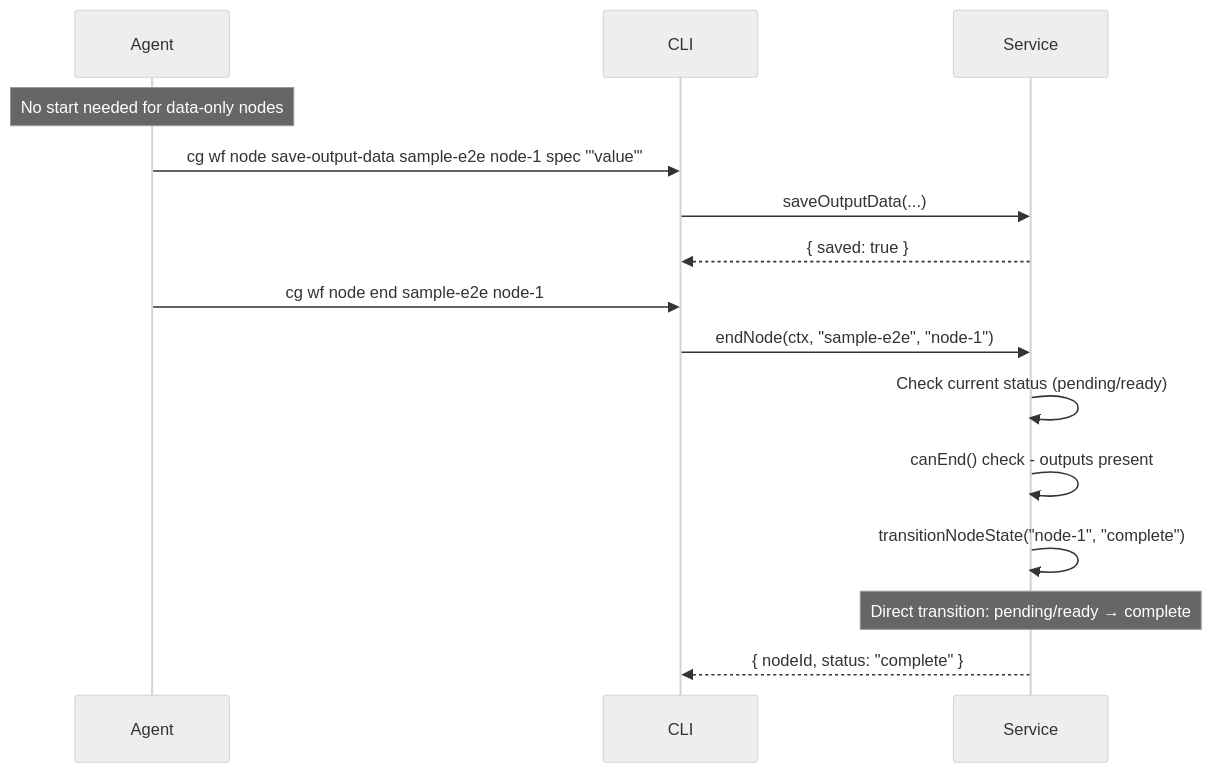
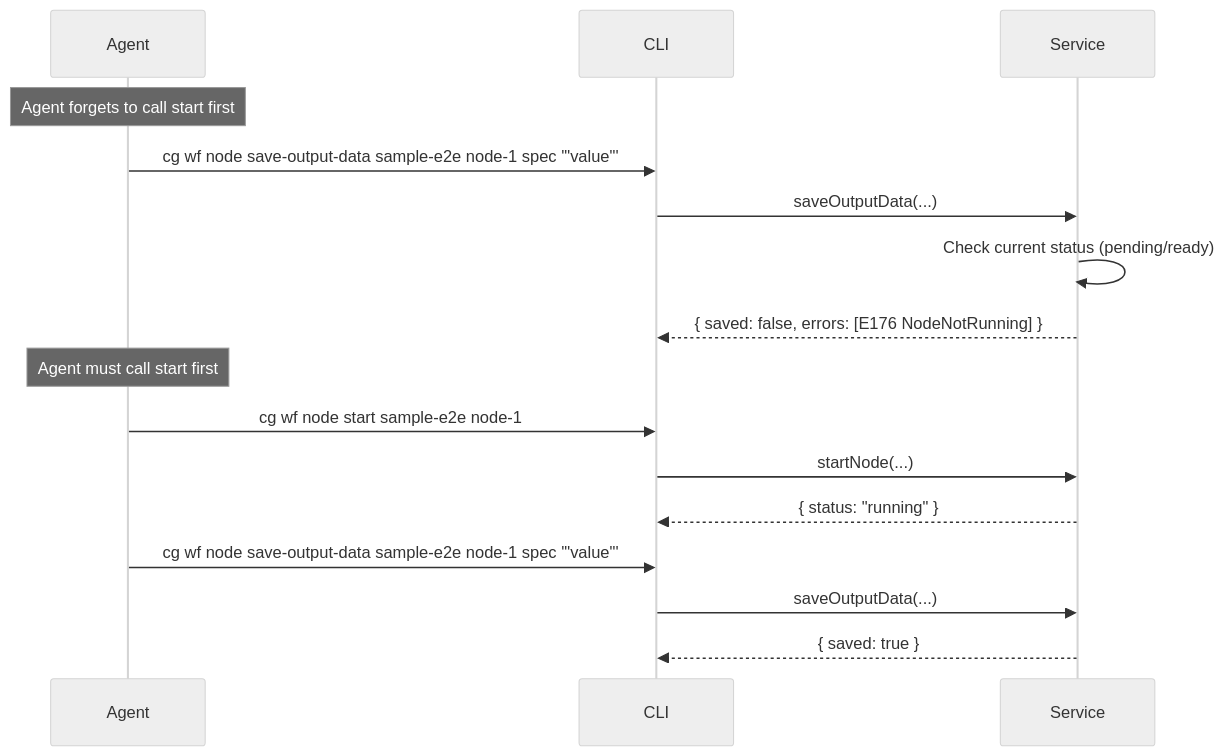
Before and after one commit to AI-Substrate/chainglass: the fourth of 4 diagrams in docs/plans/028-pos-agentic-cli/tasks/phase-3-node-lifecycle/tasks.md, drawn with Mermaid (neutral theme). The commit also changed other lines of this file and 10 other files, not shown here.

First line of the commit message:
feat(positional-graph): Phase 3 node lifecycle - start, can-end, end commands

````diff
--- a/docs/plans/028-pos-agentic-cli/tasks/phase-3-node-lifecycle/tasks.md
+++ b/docs/plans/028-pos-agentic-cli/tasks/phase-3-node-lifecycle/tasks.md
@@ -365,20 +368,22 @@
 ```mermaid
 sequenceDiagram
     participant Agent
     participant CLI
     participant Service
 
-    Note over Agent: No start needed for data-only nodes
+    Note over Agent: Agent forgets to call start first
+
+    Agent->>CLI: cg wf node save-output-data sample-e2e node-1 spec '"value"'
+    CLI->>Service: saveOutputData(...)
+    Service->>Service: Check current status (pending/ready)
+    Service-->>CLI: { saved: false, errors: [E176 NodeNotRunning] }
+    Note over Agent: Agent must call start first
+
+    Agent->>CLI: cg wf node start sample-e2e node-1
+    CLI->>Service: startNode(...)
+    Service-->>CLI: { status: "running" }
 
     Agent->>CLI: cg wf node save-output-data sample-e2e node-1 spec '"value"'
     CLI->>Service: saveOutputData(...)
     Service-->>CLI: { saved: true }
-
-    Agent->>CLI: cg wf node end sample-e2e node-1
-    CLI->>Service: endNode(ctx, "sample-e2e", "node-1")
-    Service->>Service: Check current status (pending/ready)
-    Service->>Service: canEnd() check - outputs present
-    Service->>Service: transitionNodeState("node-1", "complete")
-    Note over Service: Direct transition: pending/ready → complete
-    Service-->>CLI: { nodeId, status: "complete" }
 ```
````
